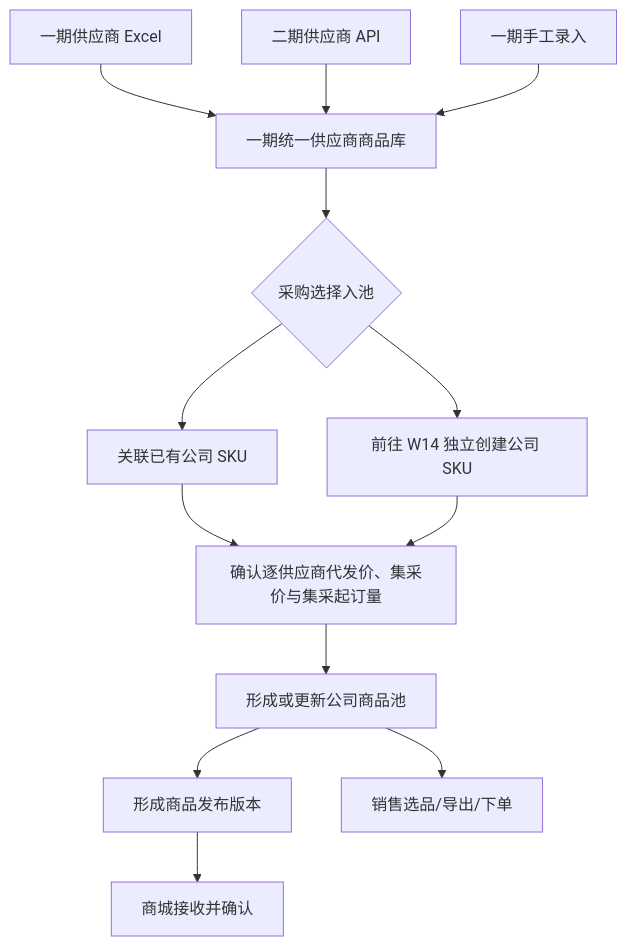
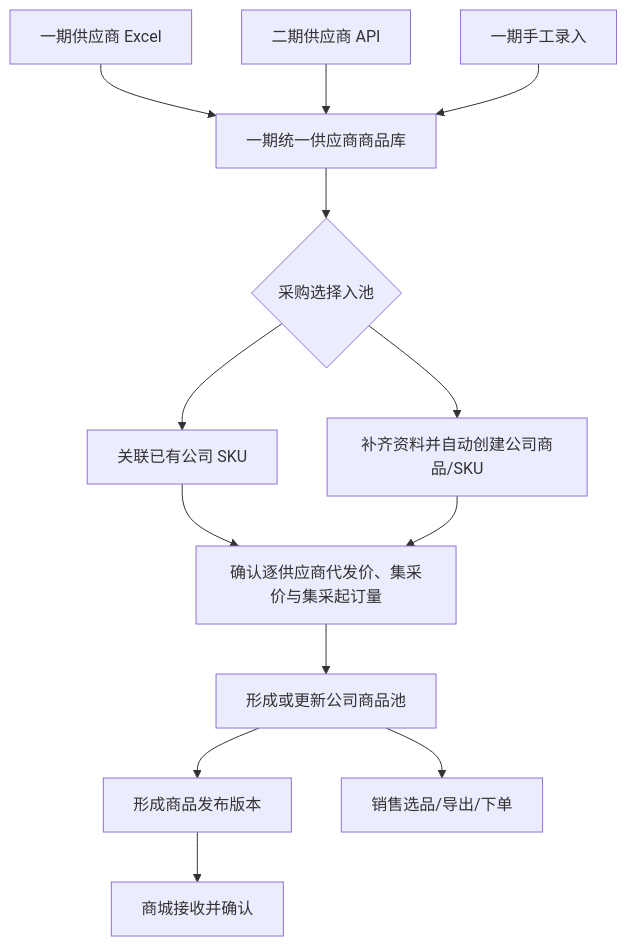
Before and after one commit to mztlive/erp: the second of 5 diagrams in docs/erp-phase-2.md, drawn with Mermaid. The commit also changed other lines of this file and 7 other files, not shown here.

````diff
--- a/docs/erp-phase-2.md
+++ b/docs/erp-phase-2.md
@@ -312,28 +312,28 @@
 ```mermaid
 flowchart TD
   Excel[一期供应商 Excel]
   Api[二期供应商 API]
   Manual[一期手工录入]
   Catalog[一期统一供应商商品库]
   Review{采购选择入池}
   Existing[关联已有公司 SKU]
-  New[前往 W14 独立创建公司 SKU]
+  New[补齐资料并自动创建公司商品/SKU]
   Supply[确认逐供应商代发价、集采价与集采起订量]
   Pool[形成或更新公司商品池]
   Publish[形成商品发布版本]
   Sales[销售选品/导出/下单]
   Mall[商城接收并确认]
 
   Excel --> Catalog
   Api --> Catalog
   Manual --> Catalog
   Catalog --> Review
   Review --> Existing
   Review --> New
   Existing --> Supply
   New --> Supply
   Supply --> Pool
   Pool --> Sales
   Pool --> Publish
   Publish --> Mall
 ```
````
